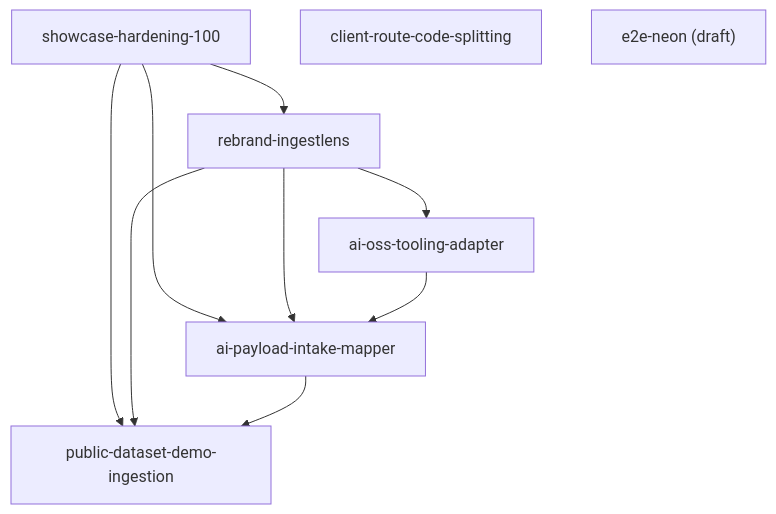
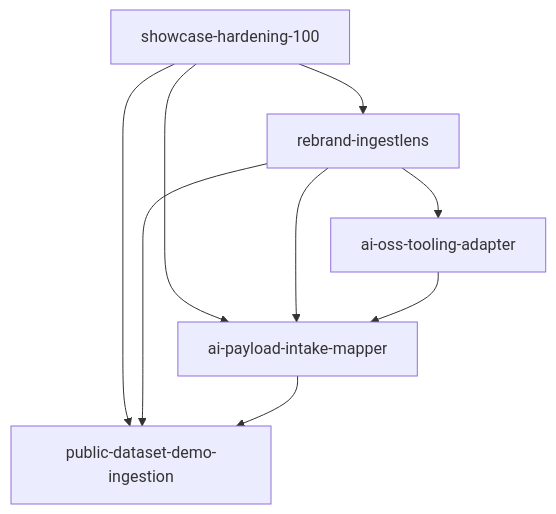
The diagram in ROADMAP.md (ozby/ingest-lens), drawn with Mermaid before and after one commit. The commit also changed other lines of this file and 8 other files, not shown here.

````diff
--- a/ROADMAP.md
+++ b/ROADMAP.md
@@ -61,19 +61,17 @@
 ```mermaid
 flowchart TD
   SH["showcase-hardening-100"]
-  CRS["client-route-code-splitting"]
   RB["rebrand-ingestlens"]
   AIOSS["ai-oss-tooling-adapter"]
   AIPM["ai-payload-intake-mapper"]
   PDDI["public-dataset-demo-ingestion"]
-  E2E["e2e-neon (draft)"]
 
   SH --> RB
   SH --> AIPM
   SH --> PDDI
   RB --> AIOSS
   RB --> AIPM
   RB --> PDDI
   AIOSS --> AIPM
   AIPM --> PDDI
 ```
````
